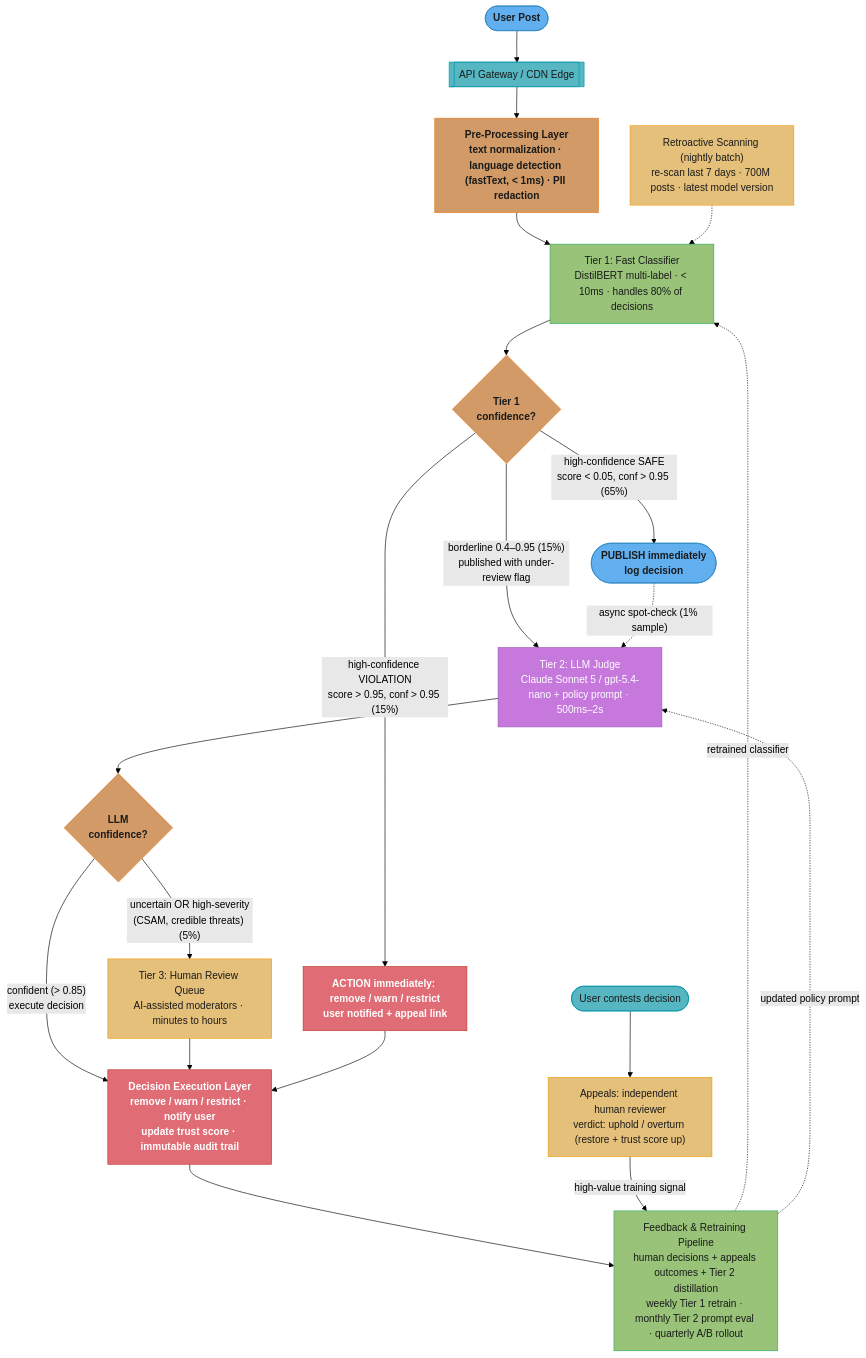
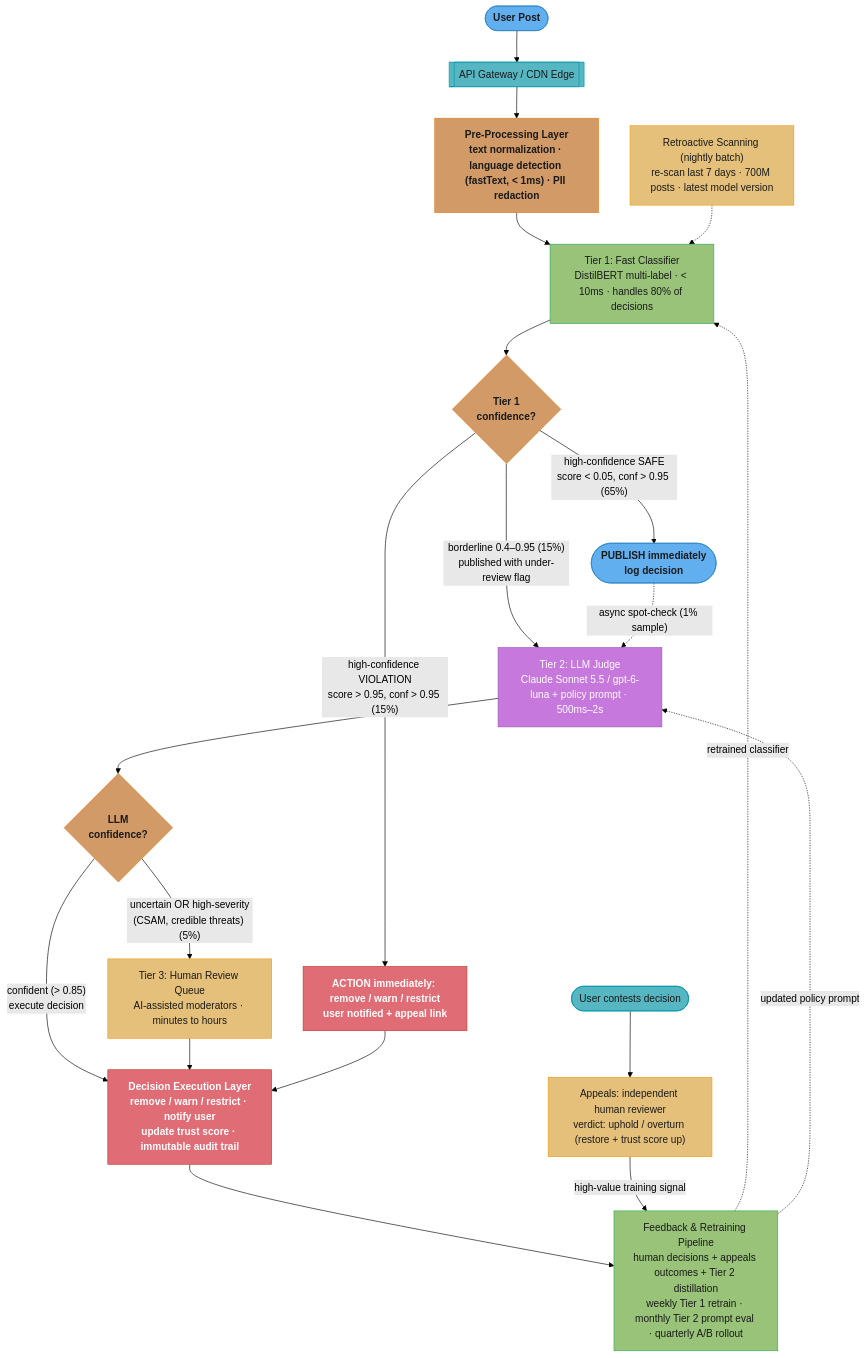
One commit to rppol/system-design changed the first of 2 diagrams in src/main/java/com/rutik/systemdesign/llm/case_studies/design_ai_content_moderation.md. Above: the diagram before and after it, drawn with Mermaid (forest theme). The commit also changed other lines of this file and 25 other files, not shown here.

````diff
--- a/src/main/java/com/rutik/systemdesign/llm/case_studies/design_ai_content_moderation.md
+++ b/src/main/java/com/rutik/systemdesign/llm/case_studies/design_ai_content_moderation.md
@@ -108,40 +109,40 @@
 ```mermaid
 flowchart TD
     classDef io      fill:#61afef,stroke:#2e86c1,color:#1a1a1a,font-weight:bold
     classDef frozen  fill:#c678dd,stroke:#9b59b6,color:#fff
     classDef train   fill:#98c379,stroke:#27ae60,color:#1a1a1a
     classDef mathOp  fill:#d19a66,stroke:#e67e22,color:#1a1a1a,font-weight:bold
     classDef lossN   fill:#e06c75,stroke:#c0392b,color:#fff,font-weight:bold
     classDef req     fill:#56b6c2,stroke:#0097a7,color:#1a1a1a
     classDef base    fill:#e5c07b,stroke:#f39c12,color:#1a1a1a
 
     post([User Post]) --> gw[["API Gateway / CDN Edge"]]
     gw --> pre["Pre-Processing Layer\ntext normalization · language detection (fastText, < 1ms) · PII redaction"]
     pre --> t1["Tier 1: Fast Classifier\nDistilBERT multi-label · < 10ms · handles 80% of decisions"]
     t1 --> conf{"Tier 1\nconfidence?"}
     conf -->|"high-confidence SAFE\nscore < 0.05, conf > 0.95 (65%)"| pub(["PUBLISH immediately\nlog decision"])
     conf -->|"high-confidence VIOLATION\nscore > 0.95, conf > 0.95 (15%)"| act["ACTION immediately: remove / warn / restrict\nuser notified + appeal link"]
-    conf -->|"borderline 0.4–0.95 (15%)\npublished with under-review flag"| t2["Tier 2: LLM Judge\nClaude Sonnet 5 / gpt-5.4-nano + policy prompt · 500ms–2s"]
+    conf -->|"borderline 0.4–0.95 (15%)\npublished with under-review flag"| t2["Tier 2: LLM Judge\nClaude Sonnet 5.5 / gpt-6-luna + policy prompt · 500ms–2s"]
     pub -.->|"async spot-check (1% sample)"| t2
     t2 --> t2conf{"LLM\nconfidence?"}
     t2conf -->|"confident (> 0.85)\nexecute decision"| exec["Decision Execution Layer\nremove / warn / restrict · notify user\nupdate trust score · immutable audit trail"]
     t2conf -->|"uncertain OR high-severity\n(CSAM, credible threats) (5%)"| t3["Tier 3: Human Review Queue\nAI-assisted moderators · minutes to hours"]
     t3 --> exec
     act --> exec
     exec --> fb["Feedback & Retraining Pipeline\nhuman decisions + appeals outcomes + Tier 2 distillation\nweekly Tier 1 retrain · monthly Tier 2 prompt eval · quarterly A/B rollout"]
     fb -.->|"retrained classifier"| t1
     fb -.->|"updated policy prompt"| t2
 
     appeal([User contests decision]) --> arev["Appeals: independent human reviewer\nverdict: uphold / overturn (restore + trust score up)"]
     arev -->|"high-value training signal"| fb
 
     scan["Retroactive Scanning (nightly batch)\nre-scan last 7 days · 700M posts · latest model version"] -.-> t1
 
     class post,pub io
     class gw,appeal req
     class pre,conf,t2conf mathOp
     class t1,fb train
     class t2 frozen
     class t3,arev,scan base
     class act,exec lossN
 ```
````
